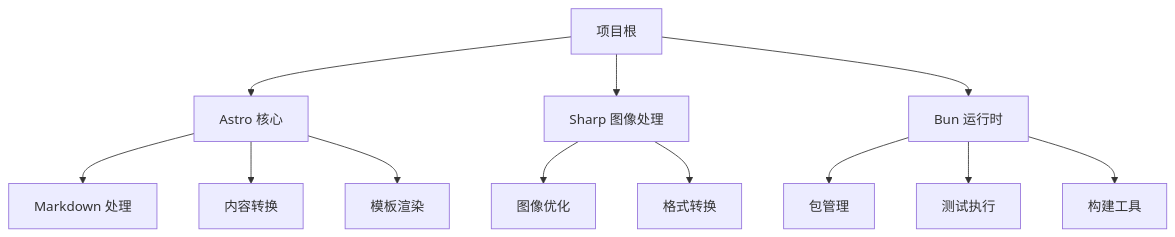
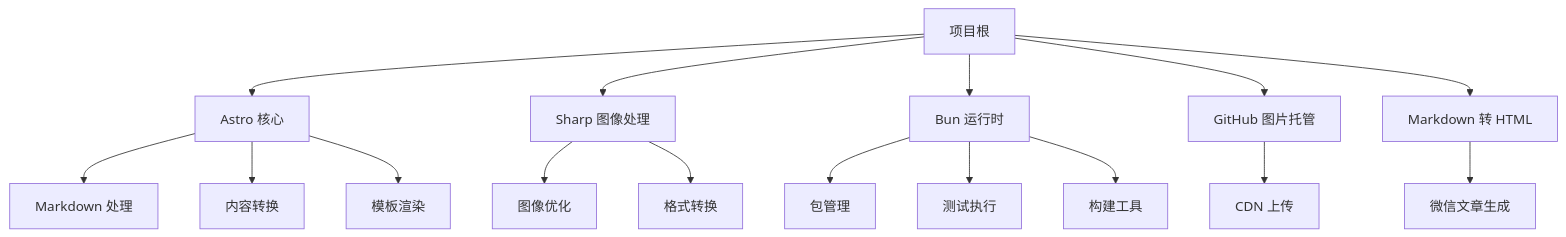
One commit to NTLx/ntlx.github.io changed diagram 12 of 12 in .qoder/repowiki/zh/content/AI 技能系统/发布自动化技能/微信文章写作管线/测试套件.md. Above: the diagram before and after it, drawn with Mermaid. The commit also changed other lines of this file and 10 other files, not shown here.

````diff
--- a/.qoder/repowiki/zh/content/AI 技能系统/发布自动化技能/微信文章写作管线/测试套件.md
+++ b/.qoder/repowiki/zh/content/AI 技能系统/发布自动化技能/微信文章写作管线/测试套件.md
@@ -226,14 +363,18 @@
 ```mermaid
 graph TD
 A[项目根] --> B[Astro 核心]
 A --> C[Sharp 图像处理]
 A --> D[Bun 运行时]
-B --> E[Markdown 处理]
-B --> F[内容转换]
-B --> G[模板渲染]
-C --> H[图像优化]
-C --> I[格式转换]
-D --> J[包管理]
-D --> K[测试执行]
-D --> L[构建工具]
+A --> E[GitHub 图片托管]
+A --> F[Markdown 转 HTML]
+B --> G[Markdown 处理]
+B --> H[内容转换]
+B --> I[模板渲染]
+C --> J[图像优化]
+C --> K[格式转换]
+E --> L[CDN 上传]
+F --> M[微信文章生成]
+D --> N[包管理]
+D --> O[测试执行]
+D --> P[构建工具]
 ```
````
